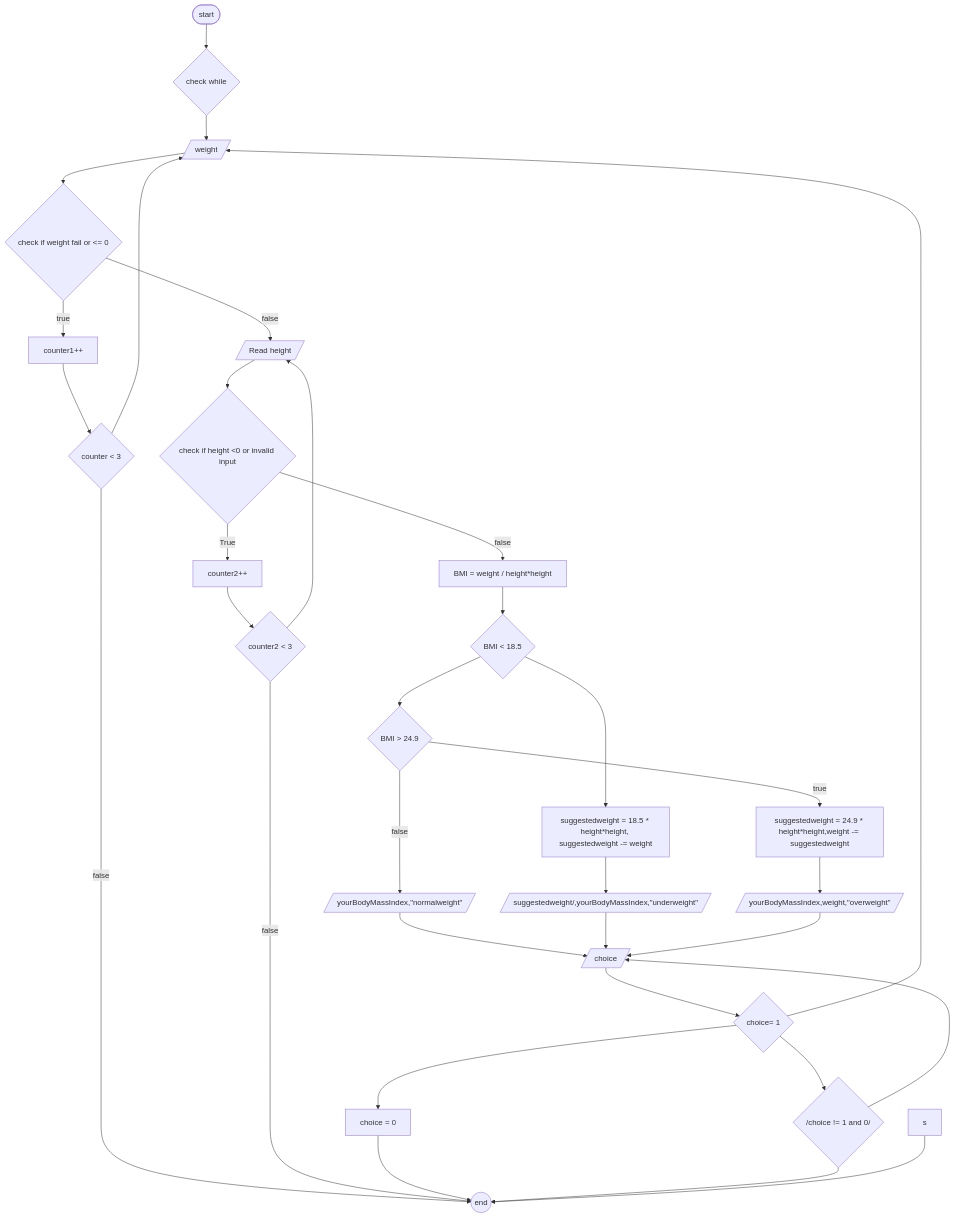
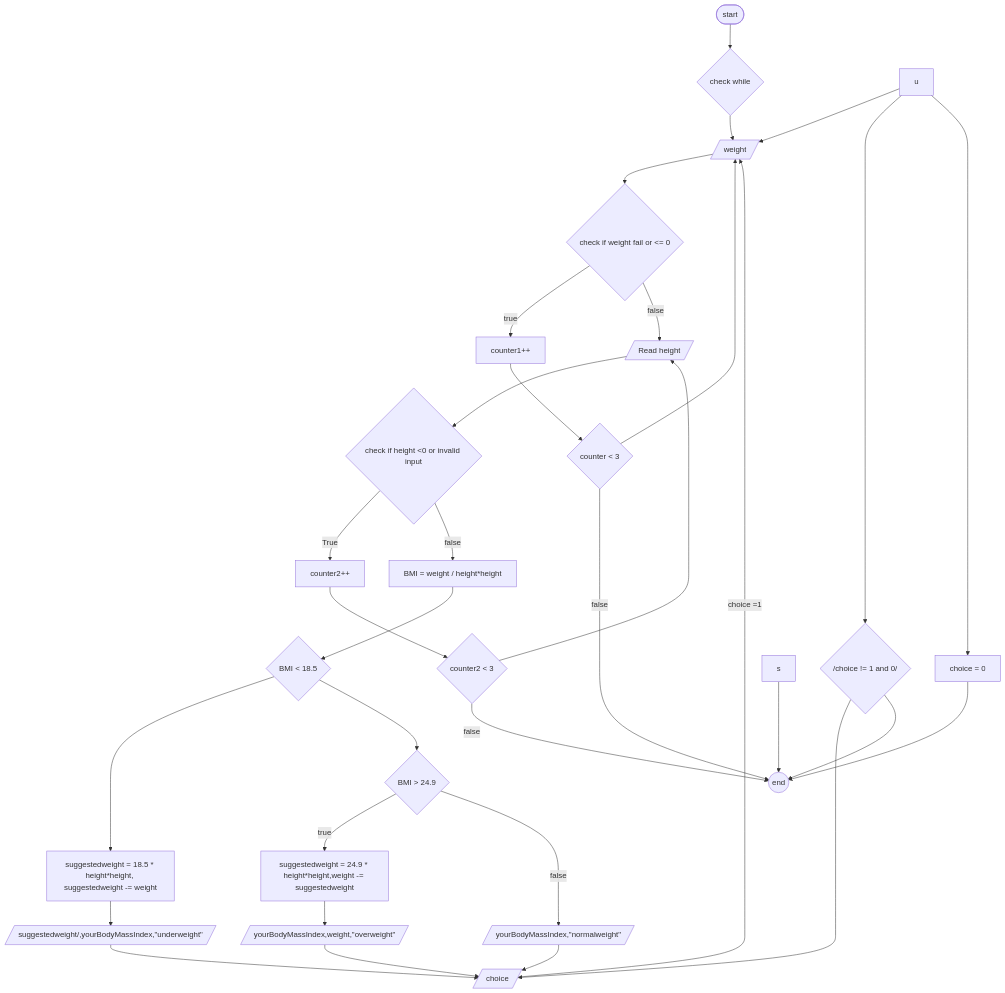
One commit to SWEG-2016EC-Batch/Quantum-leap changed the diagram in ETS1503_Yonas_Zegeye/BMI_CALCULATOR.md. Above: the diagram before and after it, drawn with Mermaid.

````diff
--- a/ETS1503_Yonas_Zegeye/BMI_CALCULATOR.md
+++ b/ETS1503_Yonas_Zegeye/BMI_CALCULATOR.md
@@ -73,41 +73,41 @@
 ```mermaid
 
 
 graph TD;
 
 a([start])-->B{check while}
 B -->c[/weight/];
 c-->d{check if weight fail or <= 0};
 d-->|true| p[counter1++];
 p-->q{counter < 3};
 q-->c;
 q-->|false| x
 
 d-->|false| e[/Read height/]
 e-->E{check if height <0 or invalid input}
 E -->|True| P[counter2++];
 P-->Q{counter2 < 3};
 Q-->e;
 Q-->|false| x
 
 E-->|false| f[BMI = weight / height*height]
 f-->g{BMI < 18.5}
 g-->h[suggestedweight = 18.5 * height*height, suggestedweight -= weight];
 g-->j{BMI > 24.9}
 j-->|true| k[suggestedweight = 24.9 * height*height,weight -= suggestedweight ]
 j-->|false| K[/yourBodyMassIndex,"normalweight"/]
 K-->t[/choice/]
 k-->m[/yourBodyMassIndex,weight,"overweight"/];
 h-->y[/suggestedweight/,yourBodyMassIndex,"underweight"/];
 y-->t
 m-->t
-t-->u{choice= 1}
+t-->|choice =1| c
 u-->c
 u-->v{/choice != 1 and 0/}
 v-->t
 u-->w[choice = 0]
 w-->x((end))
 v-->x
 s-->x
 
 ```
````
